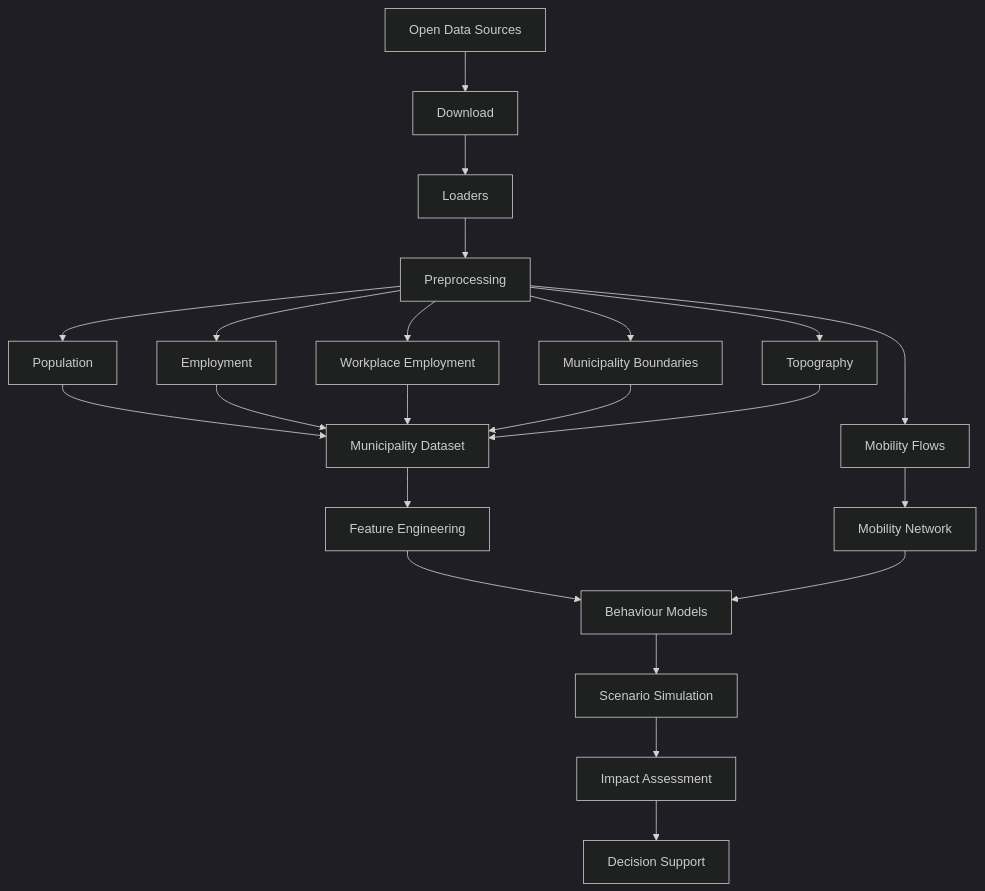
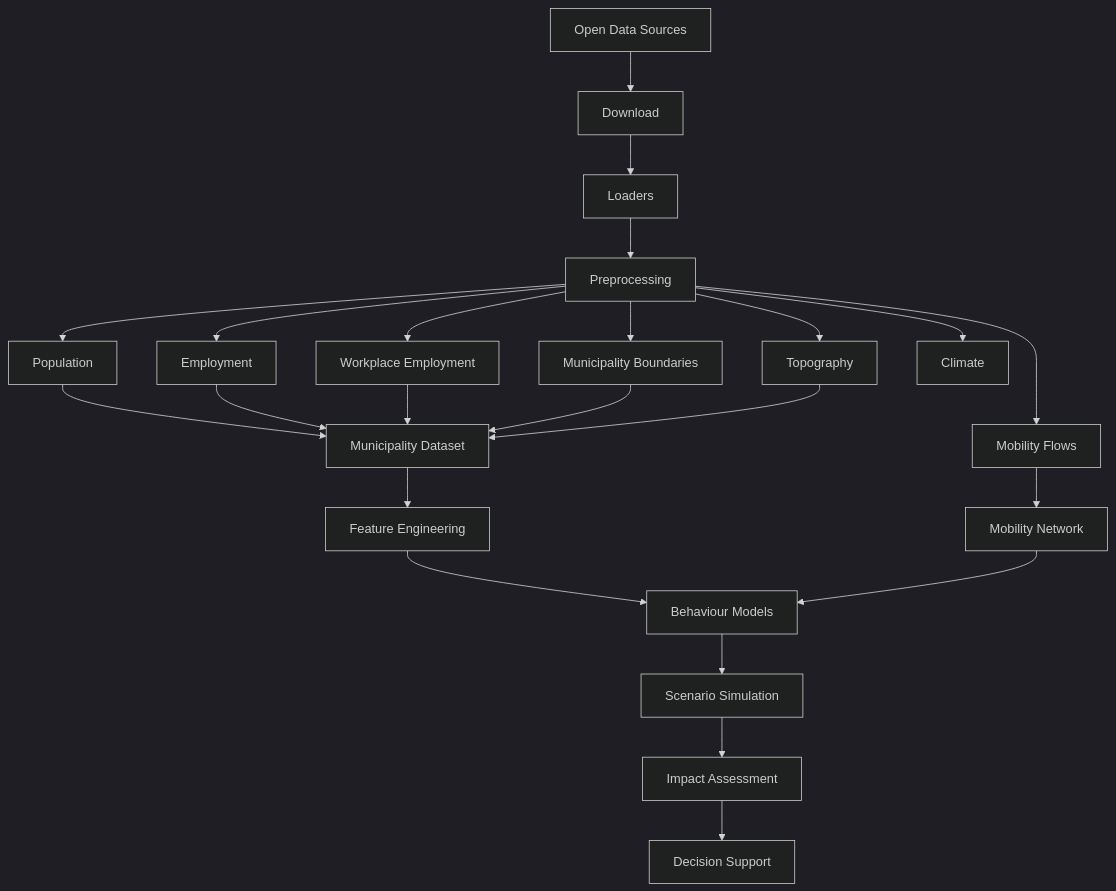
Before and after one commit to rsquaredata/hermes: the diagram in README.md, drawn with Mermaid (dark theme). The commit also changed other lines of this file, not shown here.

````diff
--- a/README.md
+++ b/README.md
@@ -74,33 +84,34 @@
 ```mermaid
 flowchart TD
 
     A[Open Data Sources]
 
     A --> B[Download]
     B --> C[Loaders]
     C --> D[Preprocessing]
 
     D --> E[Population]
     D --> F[Employment]
     D --> G[Workplace Employment]
     D --> H[Mobility Flows]
     D --> I[Municipality Boundaries]
     D --> J[Topography]
+    D --> L[Climate]
 
     E --> K[Municipality Dataset]
     F --> K
     G --> K
     I --> K
     J --> K
 
     H --> R[Mobility Network]
 
     K --> S[Feature Engineering]
 
     S --> T[Behaviour Models]
     R --> T
 
     T --> U[Scenario Simulation]
     U --> V[Impact Assessment]
     V --> W[Decision Support]
 ```
````
